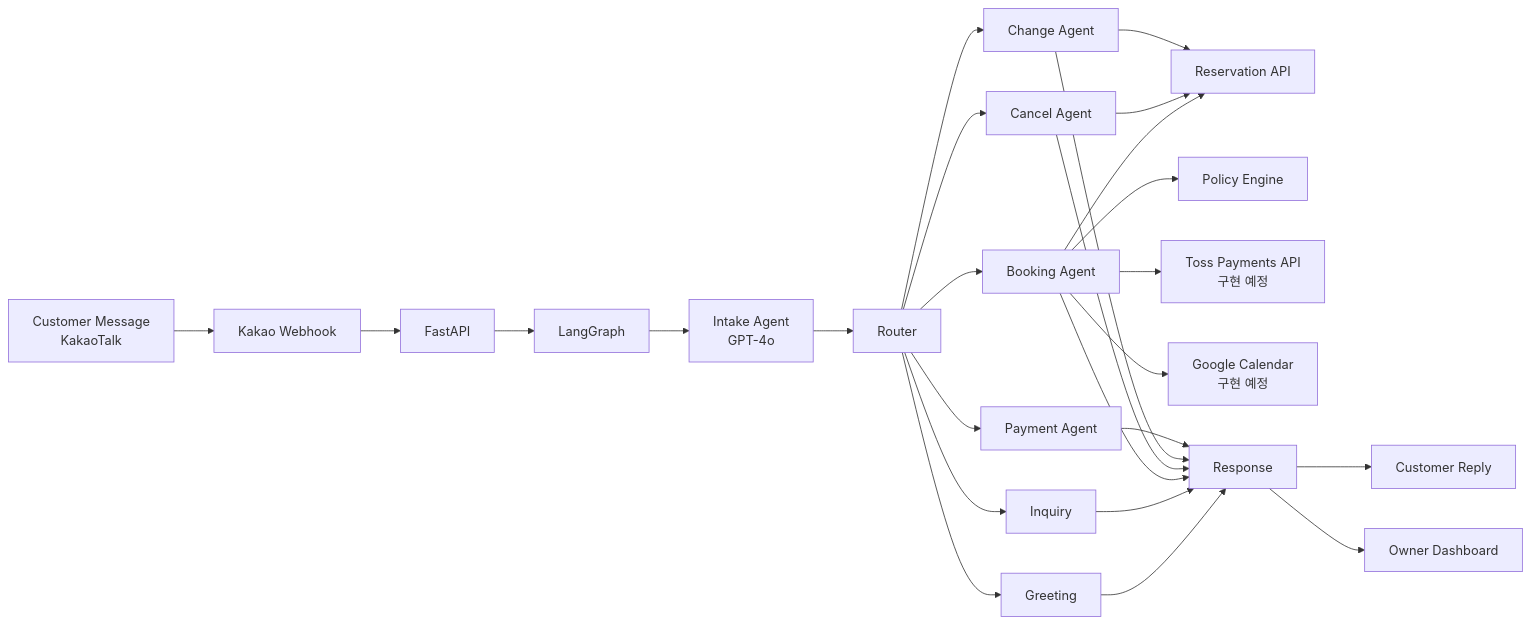
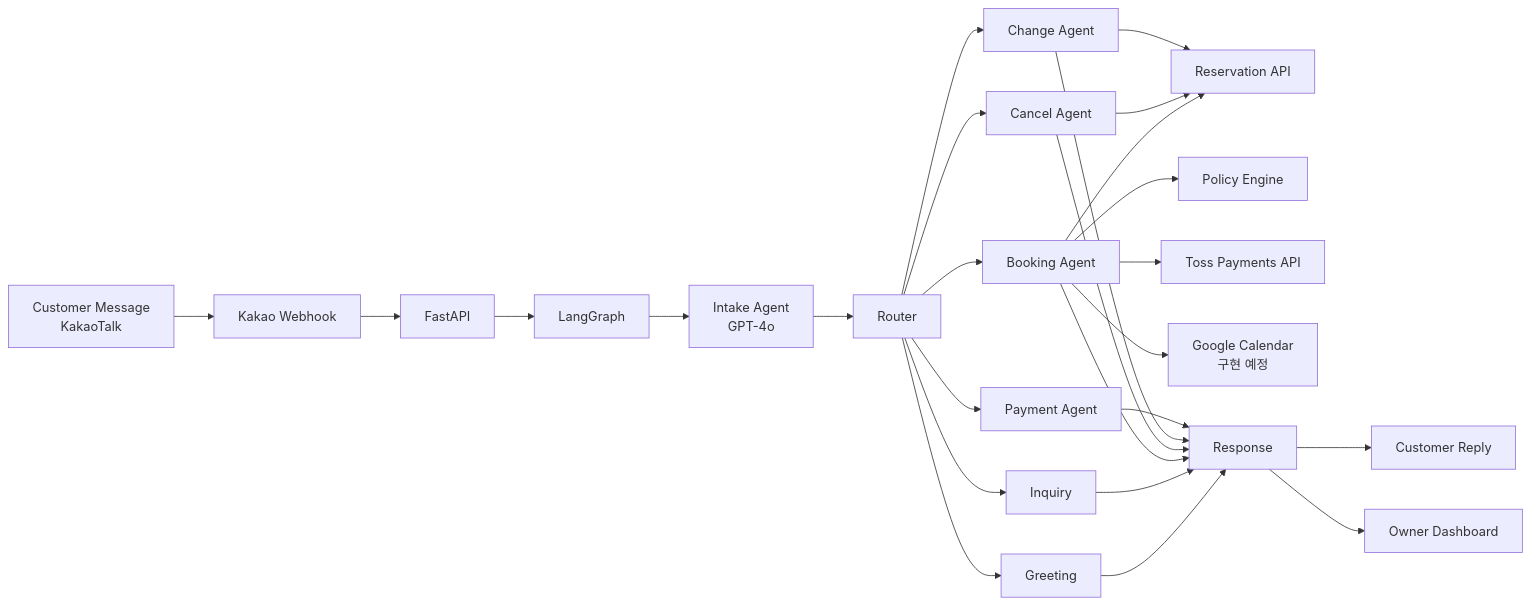
The diagram in README.md (NailAgent/agent), drawn with Mermaid before and after one commit. The commit also changed other lines of this file and 6 other files, not shown here.

Commit message:
feat: implement Toss payment webhook and booking payment flow

````diff
--- a/README.md
+++ b/README.md
@@ -168,32 +179,32 @@
 ```mermaid
 flowchart LR
     A[Customer Message<br/>KakaoTalk] --> B[Kakao Webhook]
     B --> C[FastAPI]
     C --> D[LangGraph]
     D --> E[Intake Agent<br/>GPT-4o]
     E --> F[Router]
 
     F --> G[Greeting]
     F --> H[Inquiry]
     F --> I[Booking Agent]
     F --> J[Cancel Agent]
     F --> K[Change Agent]
     F --> L[Payment Agent]
 
     I --> M[Reservation API]
     I --> N[Policy Engine]
-    I --> O[Toss Payments API<br/>구현 예정]
+    I --> O[Toss Payments API]
     I --> P[Google Calendar<br/>구현 예정]
     J --> M
     K --> M
 
     G --> Q[Response]
     H --> Q
     I --> Q
     J --> Q
     K --> Q
     L --> Q
 
     Q --> R[Customer Reply]
     Q --> S[Owner Dashboard]
 ```
````
